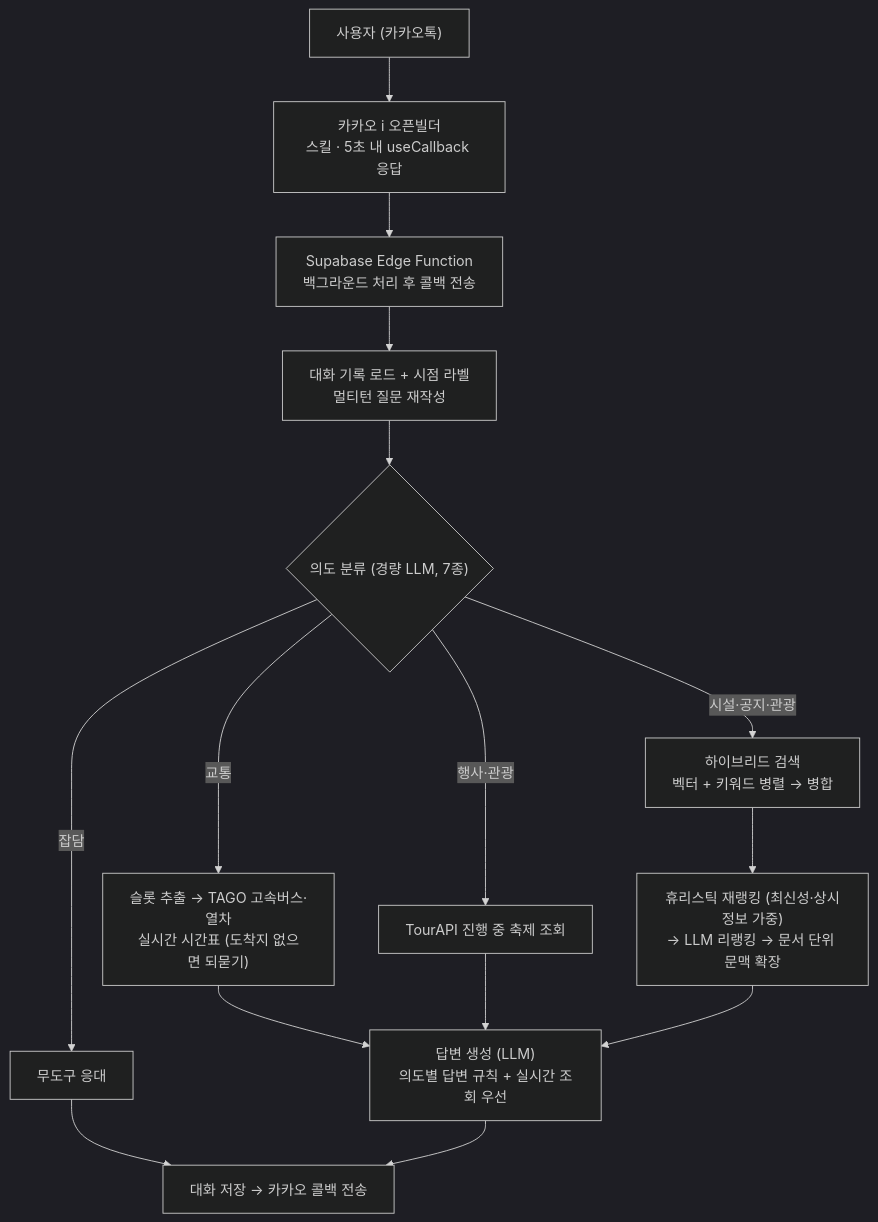
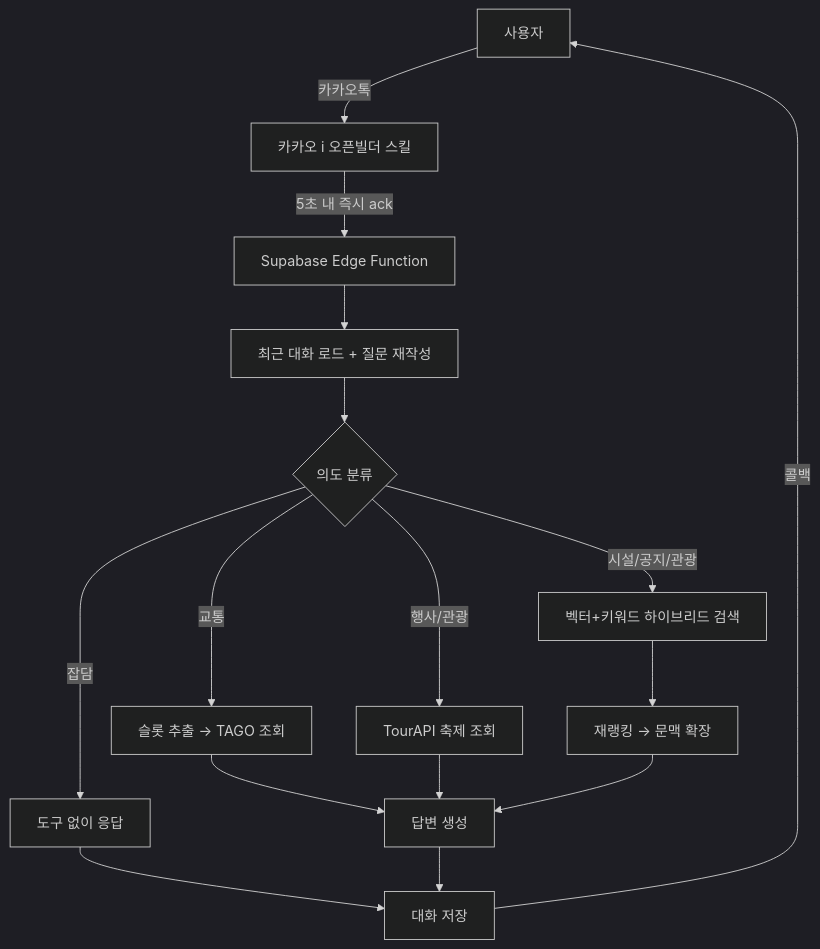
The diagram in README.md (jsh0611/g-chat), drawn with Mermaid (dark theme) before and after one commit. The commit also changed other lines of this file, not shown here.

First line of the commit message:
README 재작성: 다른 구조와 문체로 프로젝트 설명

````diff
--- a/README.md
+++ b/README.md
@@ -42,17 +19,18 @@
 ```mermaid
 flowchart TD
-    U["사용자 (카카오톡)"] --> K["카카오 i 오픈빌더<br/>스킬 · 5초 내 useCallback 응답"]
-    K --> E["Supabase Edge Function<br/>백그라운드 처리 후 콜백 전송"]
-    E --> H["대화 기록 로드 + 시점 라벨<br/>멀티턴 질문 재작성"]
-    H --> I{"의도 분류 (경량 LLM, 7종)"}
-    I -->|잡담| C["무도구 응대"]
-    I -->|교통| T["슬롯 추출 → TAGO 고속버스·열차<br/>실시간 시간표 (도착지 없으면 되묻기)"]
-    I -->|행사·관광| F["TourAPI 진행 중 축제 조회"]
-    I -->|시설·공지·관광| R["하이브리드 검색<br/>벡터 + 키워드 병렬 → 병합"]
-    R --> RR["휴리스틱 재랭킹 (최신성·상시정보 가중)<br/>→ LLM 리랭킹 → 문서 단위 문맥 확장"]
-    T --> G["답변 생성 (LLM)<br/>의도별 답변 규칙 + 실시간 조회 우선"]
+    U["사용자"] -->|카카오톡| K["카카오 i 오픈빌더 스킬"]
+    K -->|5초 내 즉시 ack| E["Supabase Edge Function"]
+    E --> H["최근 대화 로드 + 질문 재작성"]
+    H --> I{"의도 분류"}
+    I -->|잡담| C["도구 없이 응답"]
+    I -->|교통| T["슬롯 추출 → TAGO 조회"]
+    I -->|행사/관광| F["TourAPI 축제 조회"]
+    I -->|시설/공지/관광| R["벡터+키워드 하이브리드 검색"]
+    R --> RR["재랭킹 → 문맥 확장"]
+    T --> G["답변 생성"]
     F --> G
     RR --> G
-    C --> S["대화 저장 → 카카오 콜백 전송"]
+    C --> S["대화 저장"]
     G --> S
+    S -->|콜백| U
 ```
````
